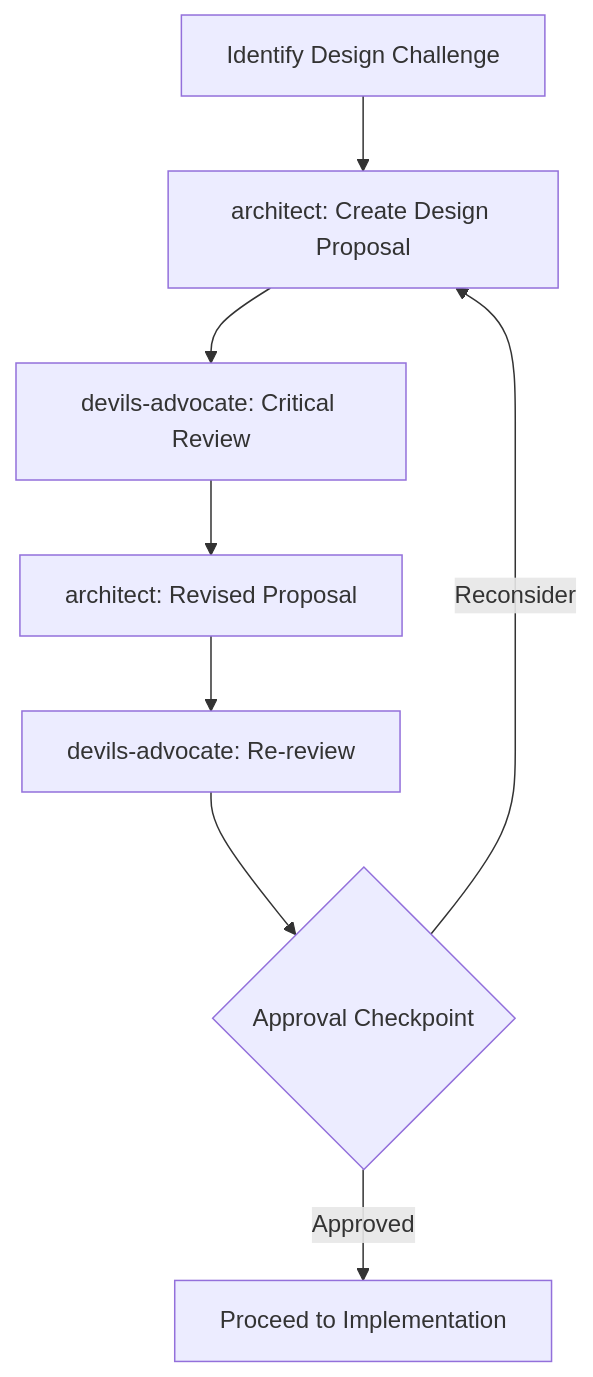
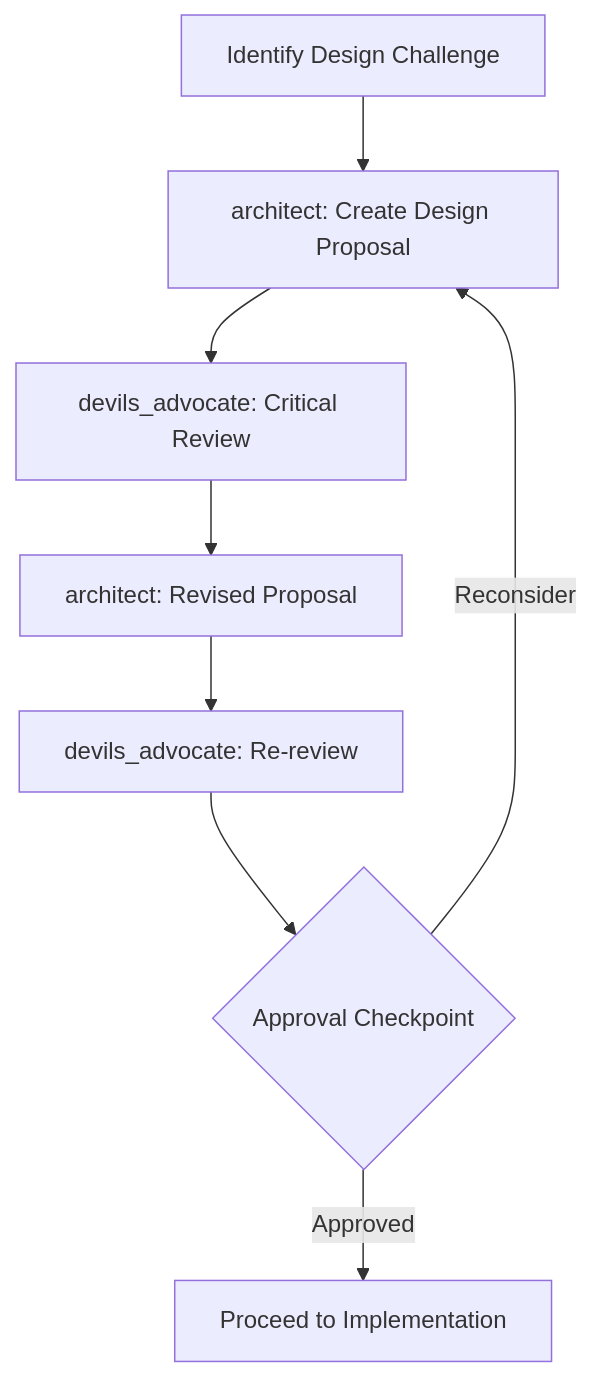
The fifth of 6 diagrams in .kiro/steering/agent-workflows.md (kato83/mayu), drawn with Mermaid before and after one commit. The commit also changed other lines of this file and 1 other file, not shown here.

````diff
--- a/.kiro/steering/agent-workflows.md
+++ b/.kiro/steering/agent-workflows.md
@@ -369,10 +369,10 @@
 ```mermaid
 graph TD
     A[Identify Design Challenge] --> B[architect: Create Design Proposal]
-    B --> C[devils-advocate: Critical Review]
+    B --> C[devils_advocate: Critical Review]
     C --> D[architect: Revised Proposal]
-    D --> E[devils-advocate: Re-review]
+    D --> E[devils_advocate: Re-review]
     E --> F{Approval Checkpoint}
     F -->|Approved| G[Proceed to Implementation]
     F -->|Reconsider| B
 ```
````
